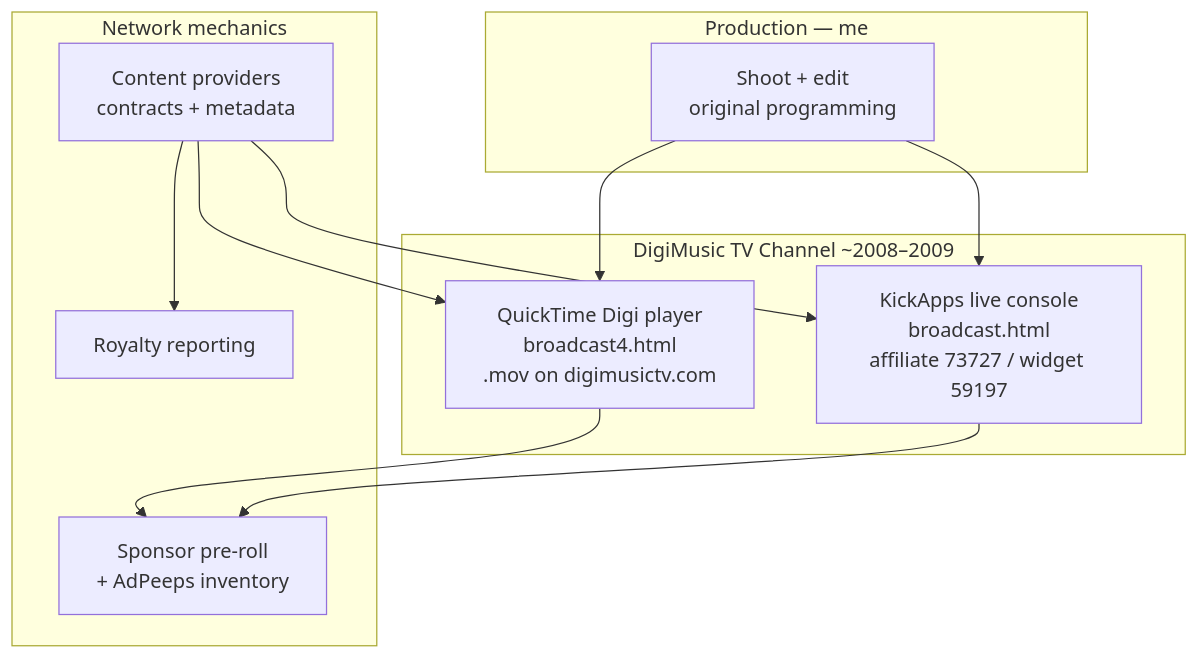
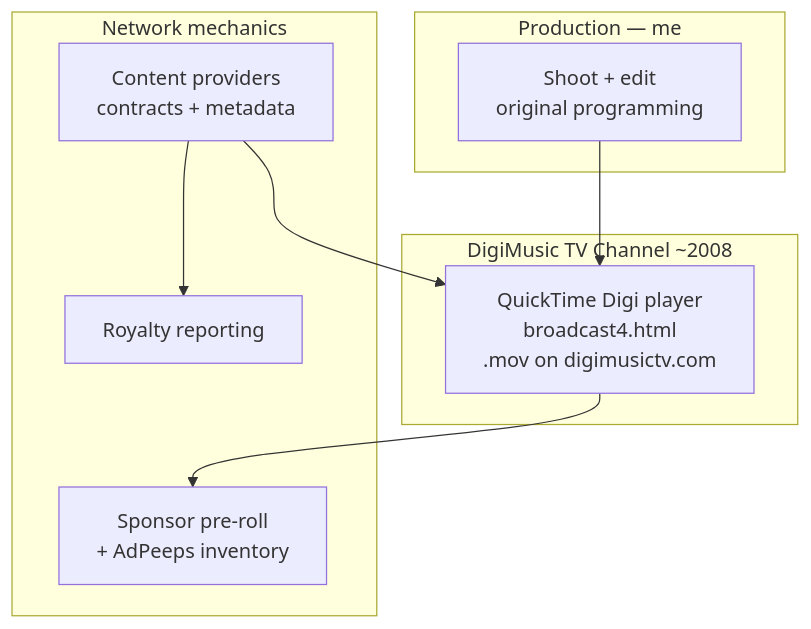
The diagram in README.md (TheGoat96/DigiMusicTV_Showcase), drawn with Mermaid before and after one commit. The commit also changed other lines of this file and 16 other files, not shown here.

````diff
--- a/README.md
+++ b/README.md
@@ -41,25 +41,21 @@
 ```mermaid
 flowchart TB
   subgraph Production["Production — me"]
     CAM["Shoot + edit\noriginal programming"]
   end
 
-  subgraph Channel["DigiMusic TV Channel ~2008–2009"]
+  subgraph Channel["DigiMusic TV Channel ~2008"]
     QT["QuickTime Digi player\nbroadcast4.html\n.mov on digimusictv.com"]
-    KICK["KickApps live console\nbroadcast.html\naffiliate 73727 / widget 59197"]
   end
 
   subgraph Business["Network mechanics"]
     CP["Content providers\ncontracts + metadata"]
     ADS["Sponsor pre-roll\n+ AdPeeps inventory"]
     ROY["Royalty reporting"]
   end
 
   CAM --> QT
-  CAM --> KICK
   QT --> ADS
-  KICK --> ADS
   CP --> QT
-  CP --> KICK
   CP --> ROY
 ```
````
